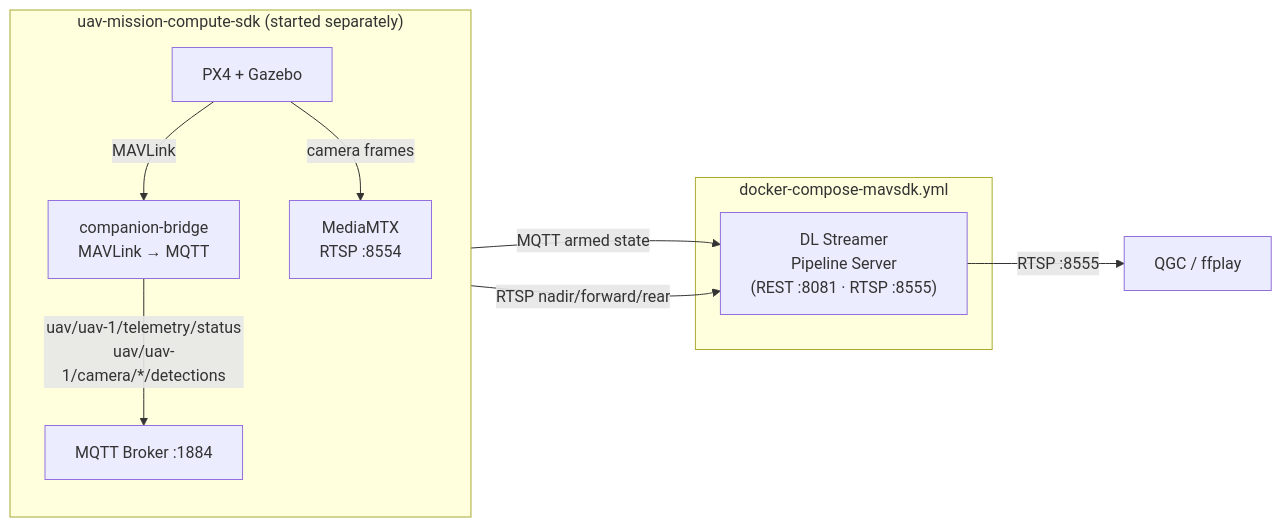
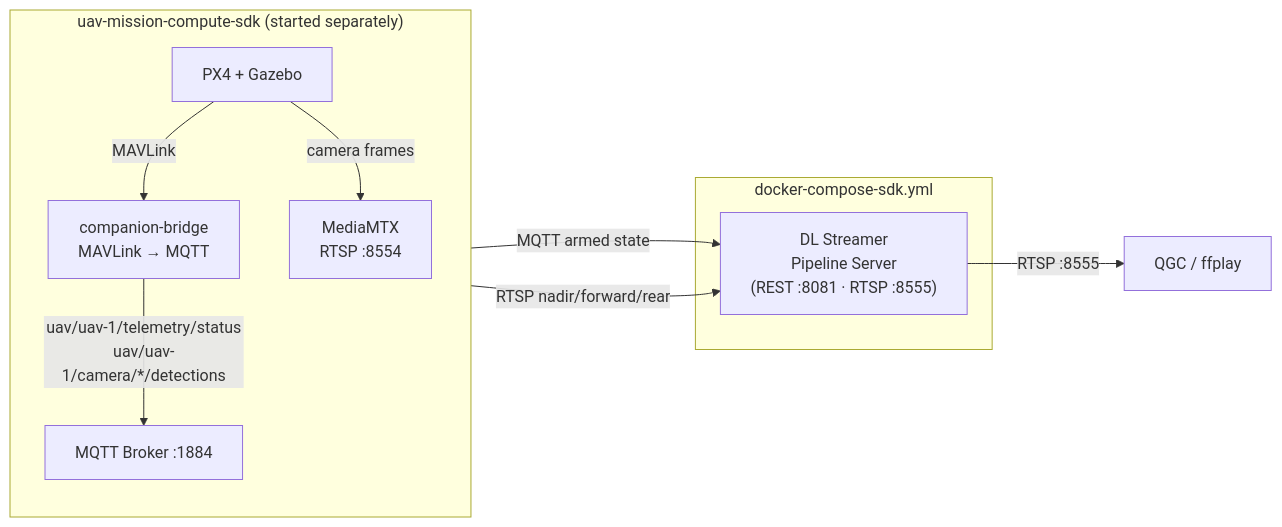
One commit to open-edge-platform/edge-ai-suites changed the third of 4 diagrams in federal-aerospace/docs/uav-vision-analytics/overview.md. Above: the diagram before and after it, drawn with Mermaid. The commit also changed other lines of this file and 20 other files, not shown here.

````diff
--- a/federal-aerospace/docs/uav-vision-analytics/overview.md
+++ b/federal-aerospace/docs/uav-vision-analytics/overview.md
@@ -115,22 +71,22 @@
 ```mermaid
 flowchart LR
     subgraph SDK["uav-mission-compute-sdk (started separately)"]
         direction TB
         PX4E["PX4 + Gazebo"]
         BRIDGE["companion-bridge\nMAVLink → MQTT"]
         BROKER_E["MQTT Broker :1884"]
         MEDIAMTX["MediaMTX\nRTSP :8554"]
 
         PX4E -->|"MAVLink"| BRIDGE
         BRIDGE -->|"uav/uav-1/telemetry/status\nuav/uav-1/camera/*/detections"| BROKER_E
         PX4E -->|"camera frames"| MEDIAMTX
     end
 
-    subgraph Stack["docker-compose-mavsdk.yml"]
+    subgraph Stack["docker-compose-sdk.yml"]
         DLSPS2["DL Streamer\nPipeline Server\n(REST :8081 · RTSP :8555)"]
     end
 
     BROKER_E -->|"MQTT armed state"| DLSPS2
     MEDIAMTX -->|"RTSP nadir/forward/rear"| DLSPS2
     DLSPS2 -->|"RTSP :8555"| CLIENT2["QGC / ffplay"]
 ```
````
